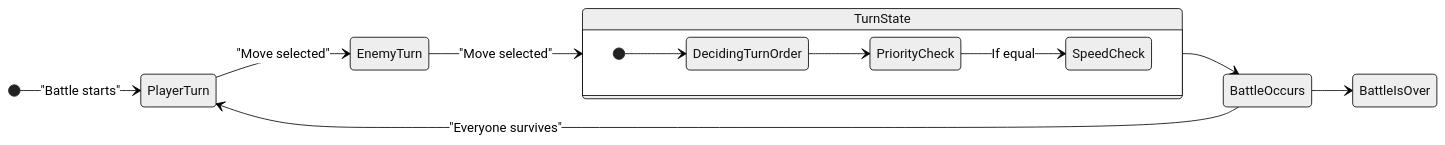
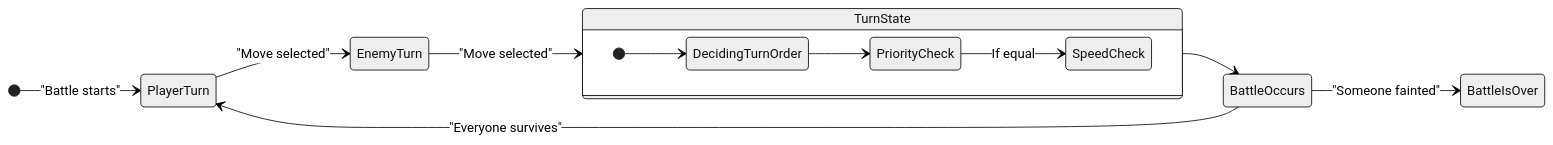
The diagram in README.md (Wait2Late/Pokemon), drawn with Mermaid (neutral theme) before and after one commit.

````diff
--- a/README.md
+++ b/README.md
@@ -43,19 +43,19 @@
 ```mermaid
 stateDiagram-v2
     direction LR
     [*] --> PlayerTurn: "Battle starts"
     PlayerTurn --> EnemyTurn: "Move selected"
     EnemyTurn --> TurnState: "Move selected"
     
     state TurnState {
         direction LR
         [*] --> DecidingTurnOrder
         DecidingTurnOrder --> PriorityCheck
         PriorityCheck --> SpeedCheck: If equal
     }
     
     
     TurnState --> BattleOccurs
     BattleOccurs --> PlayerTurn : "Everyone survives"
-    BattleOccurs --> BattleIsOver
+    BattleOccurs --> BattleIsOver : "Someone fainted"
 ```
````
